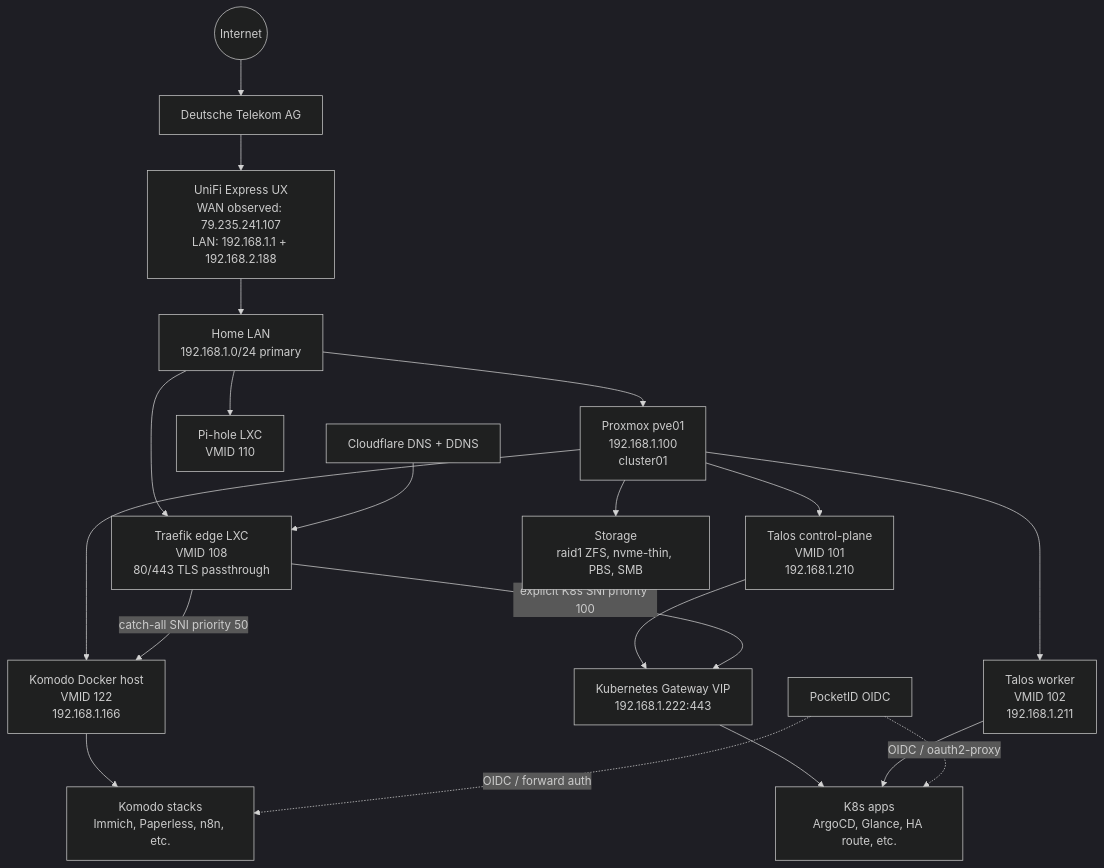
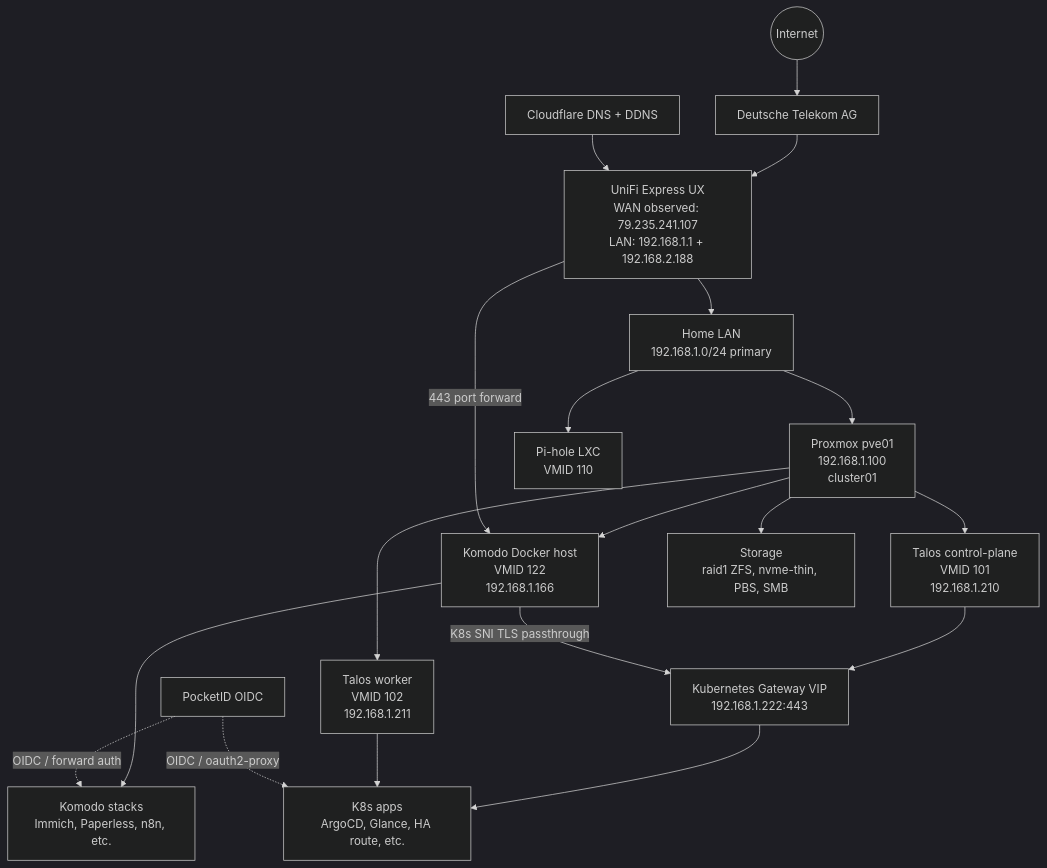
Before and after one commit to ravilushqa/homelab: the diagram in docs/architecture/00-homelab-architecture.md, drawn with Mermaid (dark theme). The commit also changed other lines of this file and 10 other files, not shown here.

First line of the commit message:
chore(terraform): remove the edge Traefik LXC (108)

````diff
--- a/docs/architecture/00-homelab-architecture.md
+++ b/docs/architecture/00-homelab-architecture.md
@@ -25,35 +25,33 @@
 ```mermaid
 flowchart TB
   Internet((Internet))
   ISP[Deutsche Telekom AG]
   UniFi[UniFi Express UX\nWAN observed: 79.235.241.107\nLAN: 192.168.1.1 + 192.168.2.188]
   LAN[Home LAN\n192.168.1.0/24 primary]
   PVE[Proxmox pve01\n192.168.1.100\ncluster01]
-  Edge[Traefik edge LXC\nVMID 108\n80/443 TLS passthrough]
   PiHole[Pi-hole LXC\nVMID 110]
   Komodo[Komodo Docker host\nVMID 122\n192.168.1.166]
   K8sVIP[Kubernetes Gateway VIP\n192.168.1.222:443]
   TalosCP[Talos control-plane\nVMID 101\n192.168.1.210]
   TalosWorker[Talos worker\nVMID 102\n192.168.1.211]
   DockerStacks[Komodo stacks\nImmich, Paperless, n8n, etc.]
   K8sApps[K8s apps\nArgoCD, Glance, HA route, etc.]
   Storage[Storage\nraid1 ZFS, nvme-thin, PBS, SMB]
   Auth[PocketID OIDC]
   DNS[Cloudflare DNS + DDNS]
 
   Internet --> ISP --> UniFi --> LAN
   LAN --> PVE
-  LAN --> Edge
   LAN --> PiHole
   PVE --> Komodo --> DockerStacks
   PVE --> TalosCP
   PVE --> TalosWorker
   TalosCP --> K8sVIP --> K8sApps
   TalosWorker --> K8sApps
   PVE --> Storage
-  DNS --> Edge
-  Edge -- explicit K8s SNI priority 100 --> K8sVIP
-  Edge -- catch-all SNI priority 50 --> Komodo
+  DNS --> UniFi
+  UniFi -- 443 port forward --> Komodo
+  Komodo -- K8s SNI TLS passthrough --> K8sVIP
   Auth -. OIDC / forward auth .-> DockerStacks
   Auth -. OIDC / oauth2-proxy .-> K8sApps
 ```
````
